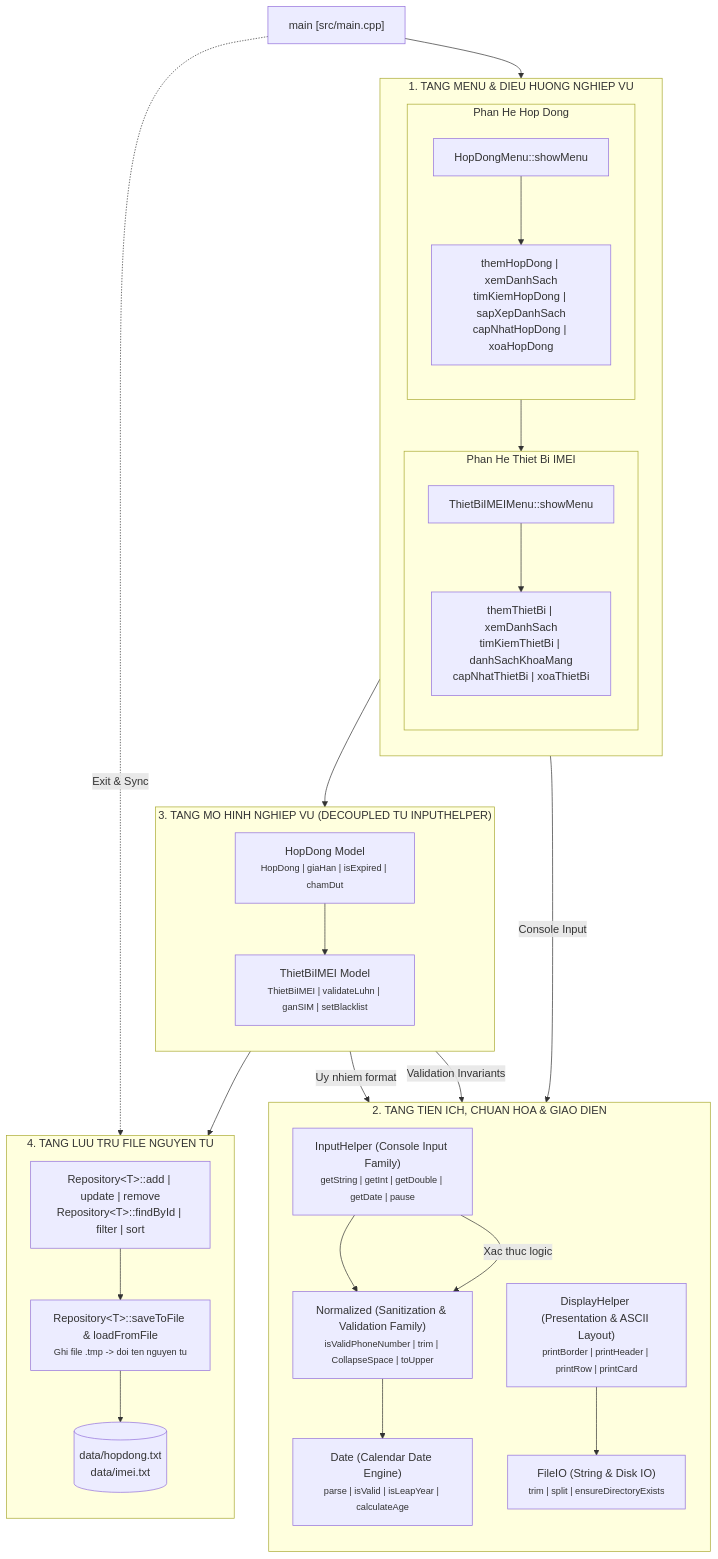
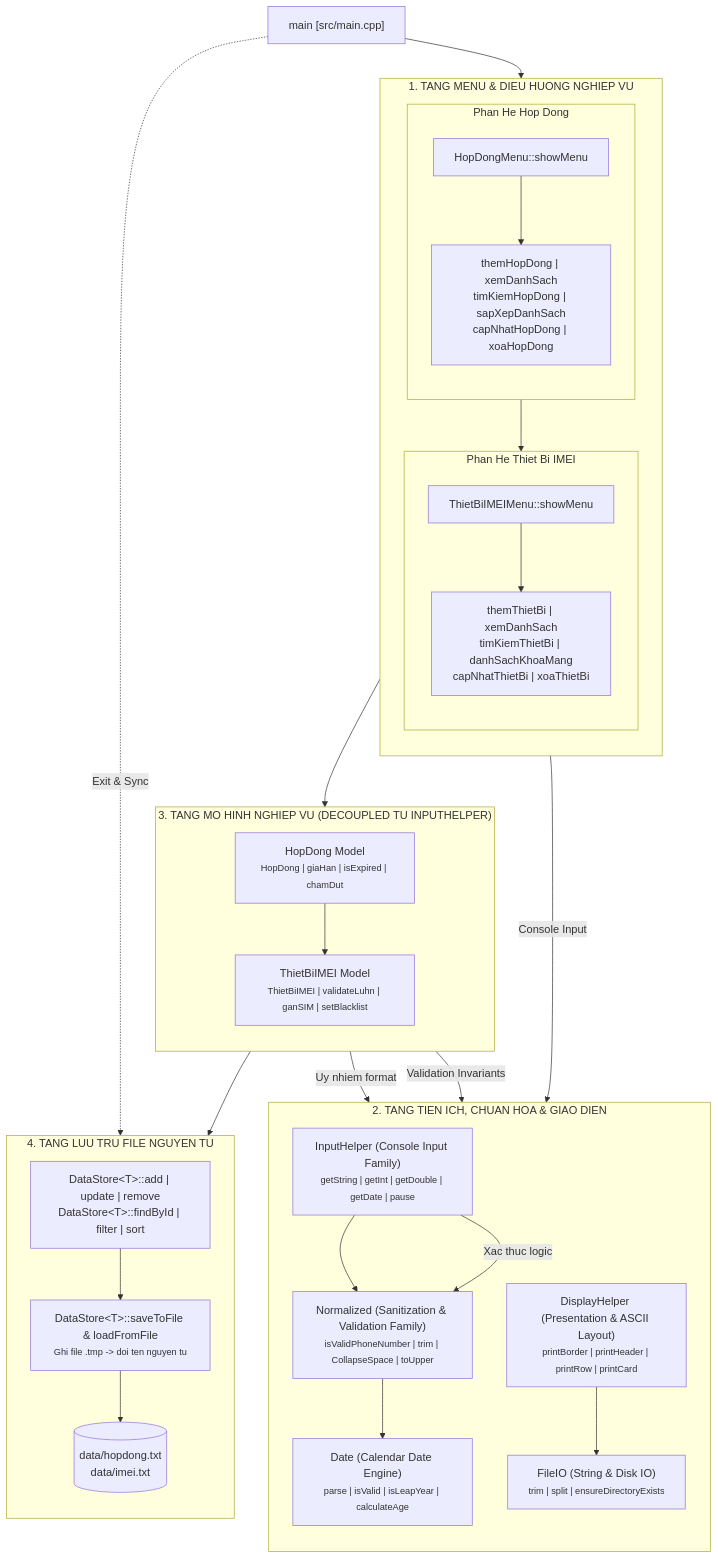
The first of 6 diagrams in docs/Operational/FUNCTION_CALLFLOW_SPEC.md (vgbn2/BTL_KTLT), drawn with Mermaid before and after one commit. The commit also changed other lines of this file and 20 other files, not shown here.

````diff
--- a/docs/Operational/FUNCTION_CALLFLOW_SPEC.md
+++ b/docs/Operational/FUNCTION_CALLFLOW_SPEC.md
@@ -15,57 +15,57 @@
 ```mermaid
 flowchart TD
     Main["main [src/main.cpp]"]
 
     subgraph MenuLayer ["1. TANG MENU & DIEU HUONG NGHIEP VU"]
         direction TB
         subgraph HD_MenuBox ["Phan He Hop Dong"]
             direction TB
             HD_Show["HopDongMenu::showMenu"]
             HD_Actions["themHopDong | xemDanhSach<br/>timKiemHopDong | sapXepDanhSach<br/>capNhatHopDong | xoaHopDong"]
             HD_Show --> HD_Actions
         end
         subgraph IMEI_MenuBox ["Phan He Thiet Bi IMEI"]
             direction TB
             IMEI_Show["ThietBiIMEIMenu::showMenu"]
             IMEI_Actions["themThietBi | xemDanhSach<br/>timKiemThietBi | danhSachKhoaMang<br/>capNhatThietBi | xoaThietBi"]
             IMEI_Show --> IMEI_Actions
         end
         HD_MenuBox --> IMEI_MenuBox
     end
 
     subgraph HelperLayer ["2. TANG TIEN ICH, CHUAN HOA & GIAO DIEN"]
         direction TB
         InputHelpGroup["InputHelper (Console Input Family)<br/><small>getString | getInt | getDouble | getDate | pause</small>"]
         NormGroup["Normalized (Sanitization & Validation Family)<br/><small>isValidPhoneNumber | trim | CollapseSpace | toUpper</small>"]
         DisplayGroup["DisplayHelper (Presentation & ASCII Layout)<br/><small>printBorder | printHeader | printRow | printCard</small>"]
         DateEngineGroup["Date (Calendar Date Engine)<br/><small>parse | isValid | isLeapYear | calculateAge</small>"]
         FileIOGroup["FileIO (String & Disk IO)<br/><small>trim | split | ensureDirectoryExists</small>"]
         InputHelpGroup --> NormGroup
         NormGroup --> DateEngineGroup
         DisplayGroup --> FileIOGroup
     end
 
     subgraph DomainLayer ["3. TANG MO HINH NGHIEP VU (DECOUPLED TU INPUTHELPER)"]
         direction TB
         HD_ModelBox["HopDong Model<br/><small>HopDong | giaHan | isExpired | chamDut</small>"]
         IMEI_ModelBox["ThietBiIMEI Model<br/><small>ThietBiIMEI | validateLuhn | ganSIM | setBlacklist</small>"]
         HD_ModelBox --> IMEI_ModelBox
     end
 
     subgraph StorageLayer ["4. TANG LUU TRU FILE NGUYEN TU"]
         direction TB
-        RepoOps["Repository&lt;T&gt;::add | update | remove<br/>Repository&lt;T&gt;::findById | filter | sort"]
-        RepoSync["Repository&lt;T&gt;::saveToFile & loadFromFile<br/><small>Ghi file .tmp -> doi ten nguyen tu</small>"]
+        RepoOps["DataStore&lt;T&gt;::add | update | remove<br/>DataStore&lt;T&gt;::findById | filter | sort"]
+        RepoSync["DataStore&lt;T&gt;::saveToFile & loadFromFile<br/><small>Ghi file .tmp -> doi ten nguyen tu</small>"]
         DataFilesGroup[("data/hopdong.txt<br/>data/imei.txt")]
         RepoOps --> RepoSync --> DataFilesGroup
     end
 
     Main --> MenuLayer
     MenuLayer -->|Console Input| InputHelpGroup
     InputHelpGroup -->|Xac thuc logic| NormGroup
     DomainLayer -->|Validation Invariants| NormGroup
     DomainLayer -->|Uy nhiem format| DisplayGroup
     MenuLayer --> DomainLayer
     DomainLayer --> StorageLayer
     Main -.->|Exit & Sync| StorageLayer
 ```
````
